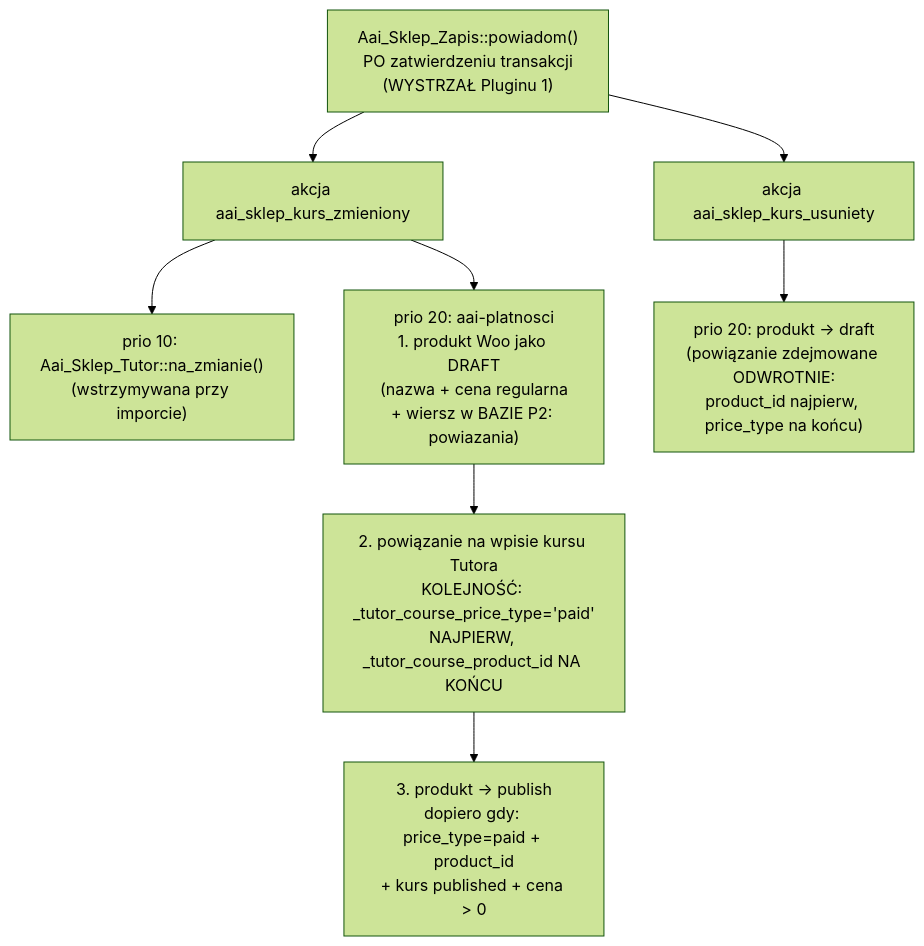
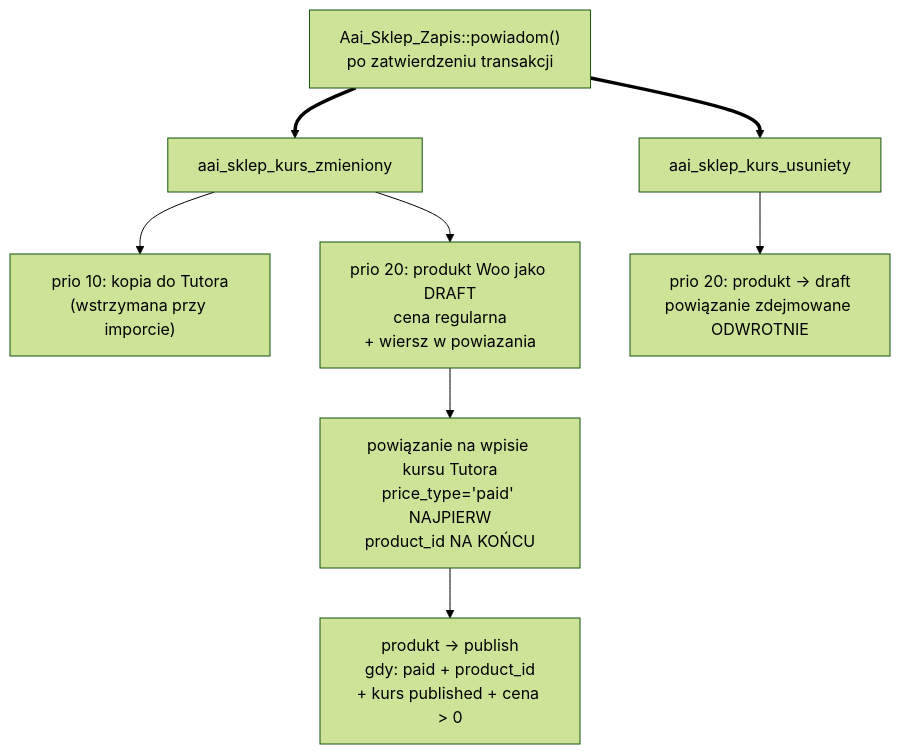
Before and after one commit to krzysiek2115op/aai-platforma-szkolen: the fourth of 4 diagrams in docs/plugin-2/DIAGRAM.md, drawn with Mermaid (forest theme). The commit also changed other lines of this file and 2 other files, not shown here.

First line of the commit message:
Diagramy Pluginu 2 mówią językiem wizualnym diagramu Pluginu 1

````diff
--- a/docs/plugin-2/DIAGRAM.md
+++ b/docs/plugin-2/DIAGRAM.md
@@ -350,17 +358,17 @@
 ```mermaid
-flowchart TD
-    Z["Aai_Sklep_Zapis::powiadom()<br/>PO zatwierdzeniu transakcji<br/>(WYSTRZAŁ Pluginu 1)"]
-    A1["akcja aai_sklep_kurs_zmieniony"]
-    A2["akcja aai_sklep_kurs_usuniety"]
-    T1["prio 10: Aai_Sklep_Tutor::na_zmianie()<br/>(wstrzymywana przy imporcie)"]
-    P1["prio 20: aai-platnosci<br/>1. produkt Woo jako DRAFT<br/>(nazwa + cena regularna<br/>+ wiersz w BAZIE P2: powiazania)"]
-    P2["2. powiązanie na wpisie kursu Tutora<br/>KOLEJNOŚĆ: _tutor_course_price_type='paid'<br/>NAJPIERW, _tutor_course_product_id NA KOŃCU"]
-    P3["3. produkt → publish<br/>dopiero gdy: price_type=paid + product_id<br/>+ kurs published + cena > 0"]
-    U1["prio 20: produkt → draft<br/>(powiązanie zdejmowane ODWROTNIE:<br/>product_id najpierw, price_type na końcu)"]
+flowchart TB
+    Z["Aai_Sklep_Zapis::powiadom()<br/>po zatwierdzeniu transakcji"]
+    A1["aai_sklep_kurs_zmieniony"]
+    A2["aai_sklep_kurs_usuniety"]
+    T1["prio 10: kopia do Tutora<br/>(wstrzymana przy imporcie)"]
+    P1["prio 20: produkt Woo jako DRAFT<br/>cena regularna<br/>+ wiersz w powiazania"]
+    P2["powiązanie na wpisie kursu Tutora<br/>price_type='paid' NAJPIERW<br/>product_id NA KOŃCU"]
+    P3["produkt → publish<br/>gdy: paid + product_id<br/>+ kurs published + cena > 0"]
+    U1["prio 20: produkt → draft<br/>powiązanie zdejmowane ODWROTNIE"]
 
-    Z --> A1
-    Z --> A2
+    Z ==> A1
+    Z ==> A2
     A1 --> T1
     A1 --> P1 --> P2 --> P3
     A2 --> U1
 ```
````
